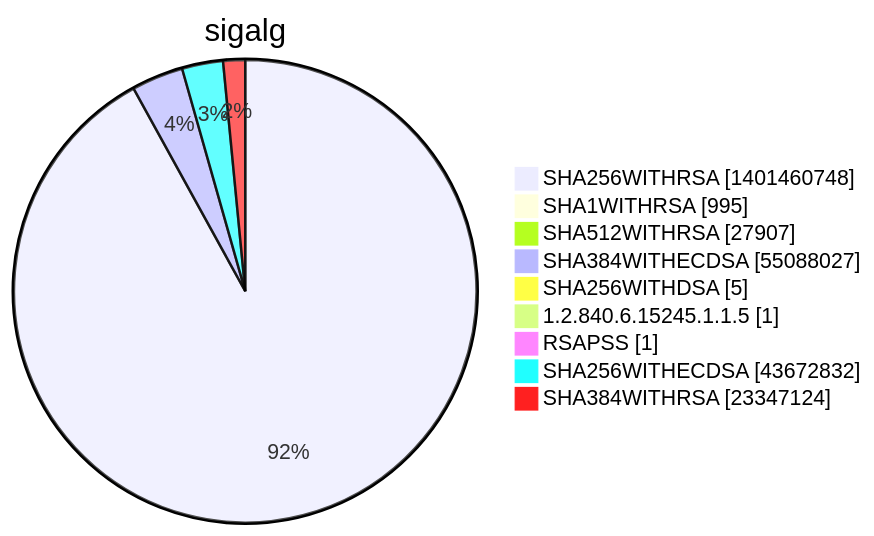
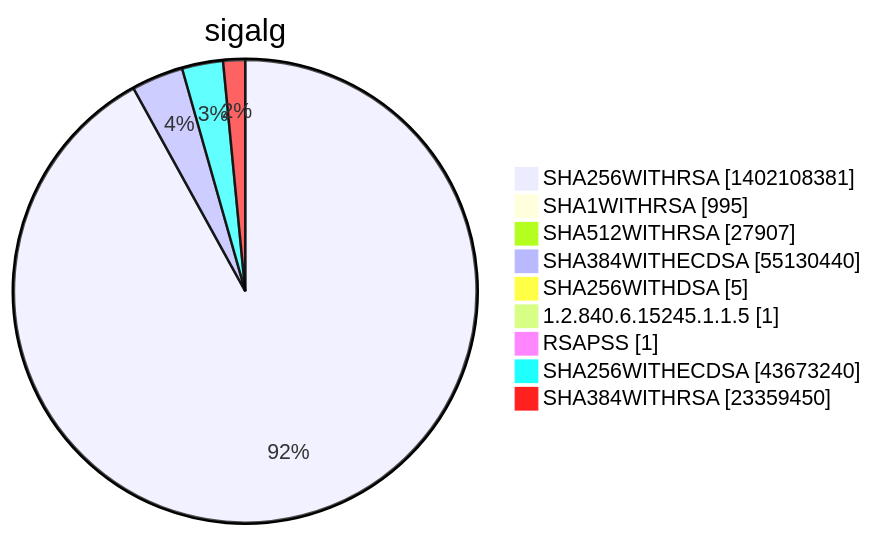
Diagram 15 of 15 in xenon2022/README.md (christiankrug/ctmonitor_visualization), drawn with Mermaid before and after one commit. The commit also changed other lines of this file, not shown here.

````diff
--- a/xenon2022/README.md
+++ b/xenon2022/README.md
@@ -5855,13 +5855,13 @@
 ```mermaid
 pie showData
 title sigalg
-"SHA256WITHRSA" :1401460748
+"SHA256WITHRSA" :1402108381
 "SHA1WITHRSA" :995
 "SHA512WITHRSA" :27907
-"SHA384WITHECDSA" :55088027
+"SHA384WITHECDSA" :55130440
 "SHA256WITHDSA" :5
 "1.2.840.6.15245.1.1.5" :1
 "RSAPSS" :1
-"SHA256WITHECDSA" :43672832
-"SHA384WITHRSA" :23347124
+"SHA256WITHECDSA" :43673240
+"SHA384WITHRSA" :23359450
 ```
````
